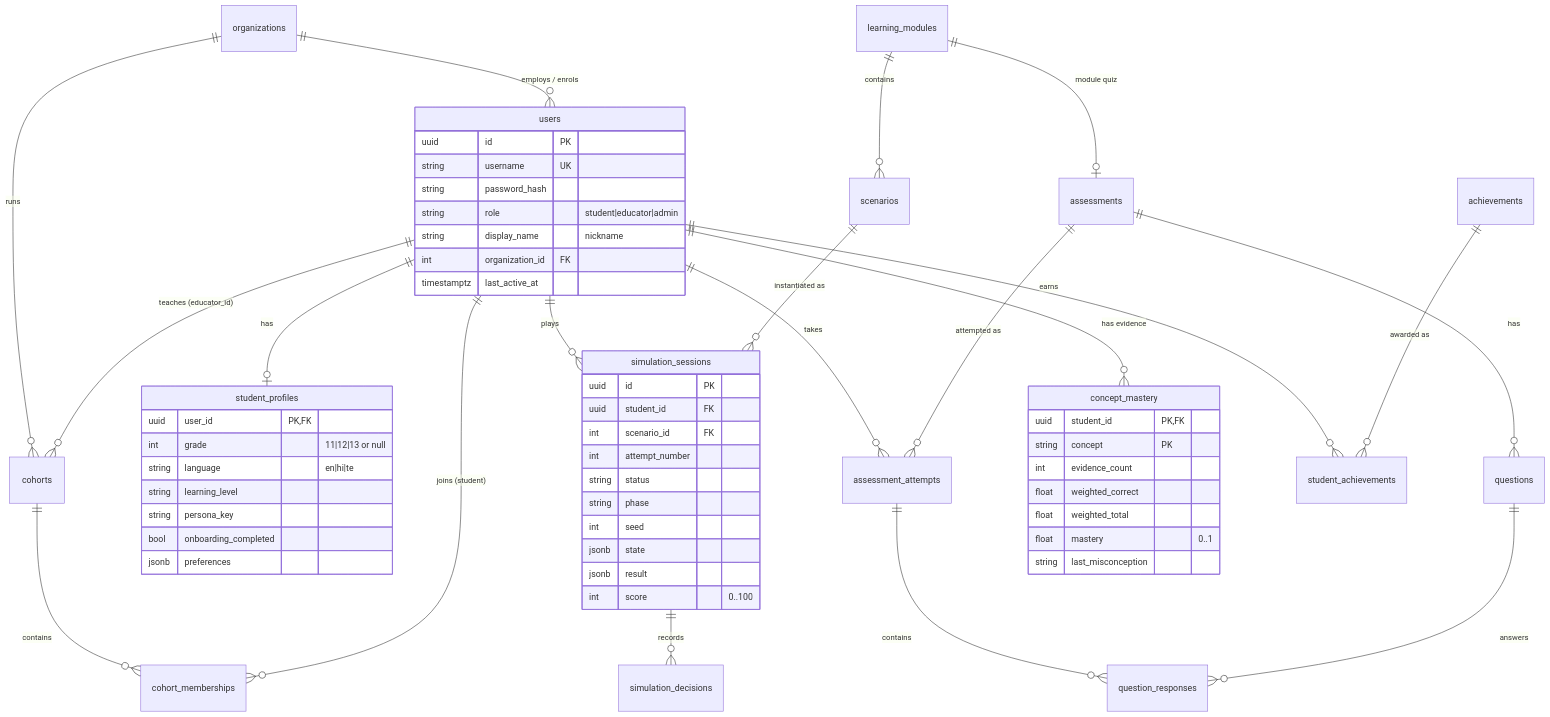
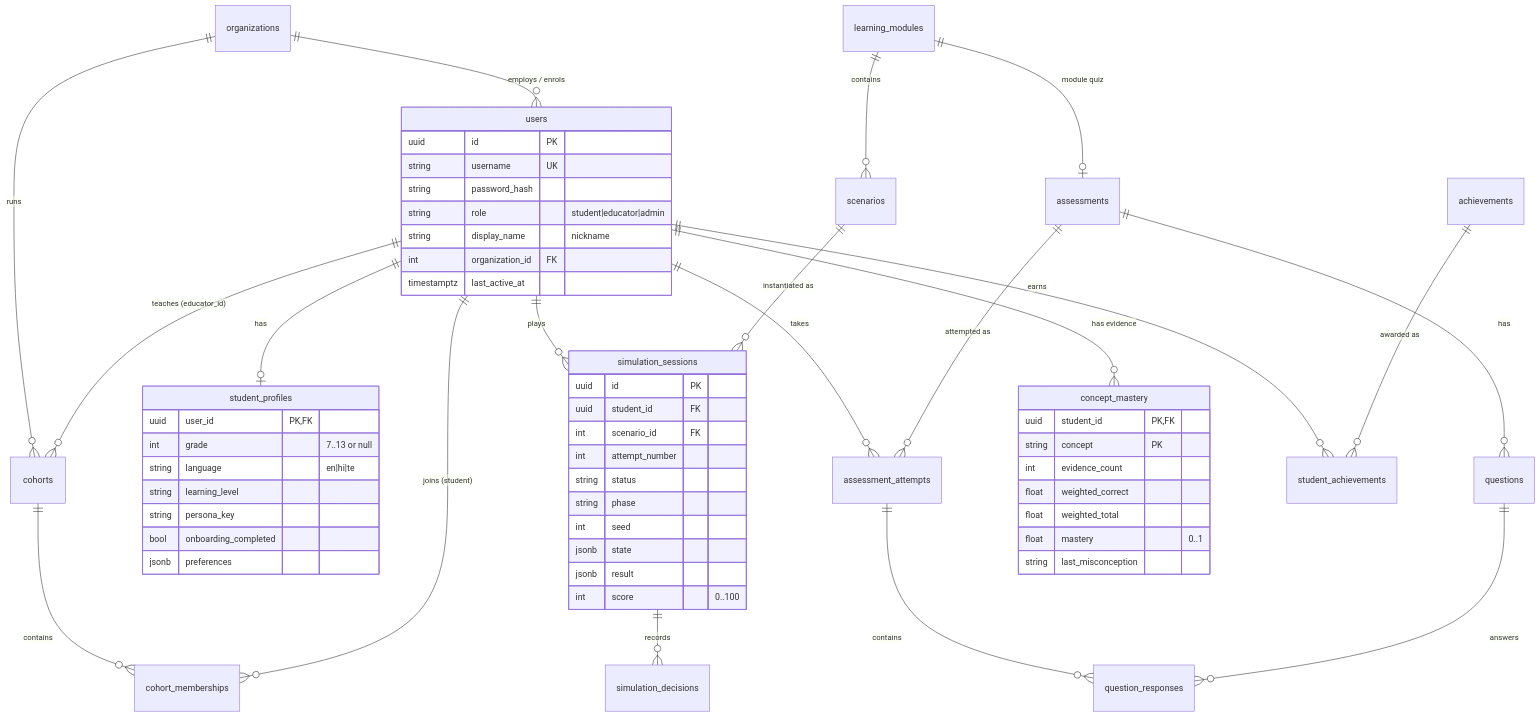
Before and after one commit to EXCALIBUR303/IIIT_HACKATHON: the diagram in docs/database-design.md, drawn with Mermaid. The commit also changed other lines of this file and 18 other files, not shown here.

````diff
--- a/docs/database-design.md
+++ b/docs/database-design.md
@@ -7,62 +7,62 @@
 ```mermaid
 erDiagram
   organizations ||--o{ users : "employs / enrols"
   organizations ||--o{ cohorts : runs
   users ||--o| student_profiles : has
   users ||--o{ cohorts : "teaches (educator_id)"
   cohorts ||--o{ cohort_memberships : contains
   users ||--o{ cohort_memberships : "joins (student)"
   learning_modules ||--o{ scenarios : contains
   learning_modules ||--o| assessments : "module quiz"
   assessments ||--o{ questions : has
   users ||--o{ simulation_sessions : plays
   scenarios ||--o{ simulation_sessions : "instantiated as"
   simulation_sessions ||--o{ simulation_decisions : records
   users ||--o{ assessment_attempts : takes
   assessments ||--o{ assessment_attempts : "attempted as"
   assessment_attempts ||--o{ question_responses : contains
   questions ||--o{ question_responses : answers
   users ||--o{ concept_mastery : "has evidence"
   users ||--o{ student_achievements : earns
   achievements ||--o{ student_achievements : "awarded as"
 
   users {
     uuid id PK
     string username UK
     string password_hash
     string role "student|educator|admin"
     string display_name "nickname"
     int organization_id FK
     timestamptz last_active_at
   }
   student_profiles {
     uuid user_id PK,FK
-    int grade "11|12|13 or null"
+    int grade "7..13 or null"
     string language "en|hi|te"
     string learning_level
     string persona_key
     bool onboarding_completed
     jsonb preferences
   }
   simulation_sessions {
     uuid id PK
     uuid student_id FK
     int scenario_id FK
     int attempt_number
     string status
     string phase
     int seed
     jsonb state
     jsonb result
     int score "0..100"
   }
   concept_mastery {
     uuid student_id PK,FK
     string concept PK
     int evidence_count
     float weighted_correct
     float weighted_total
     float mastery "0..1"
     string last_misconception
   }
 ```
````
